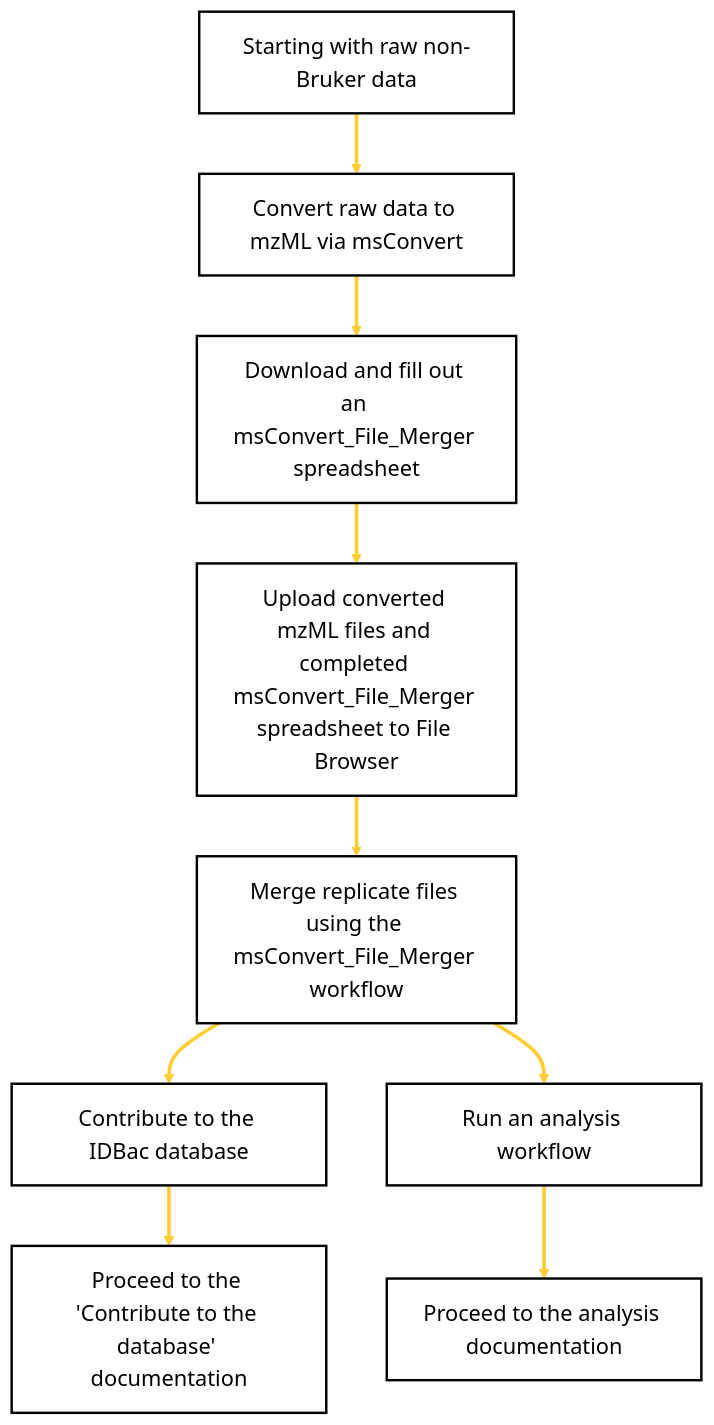
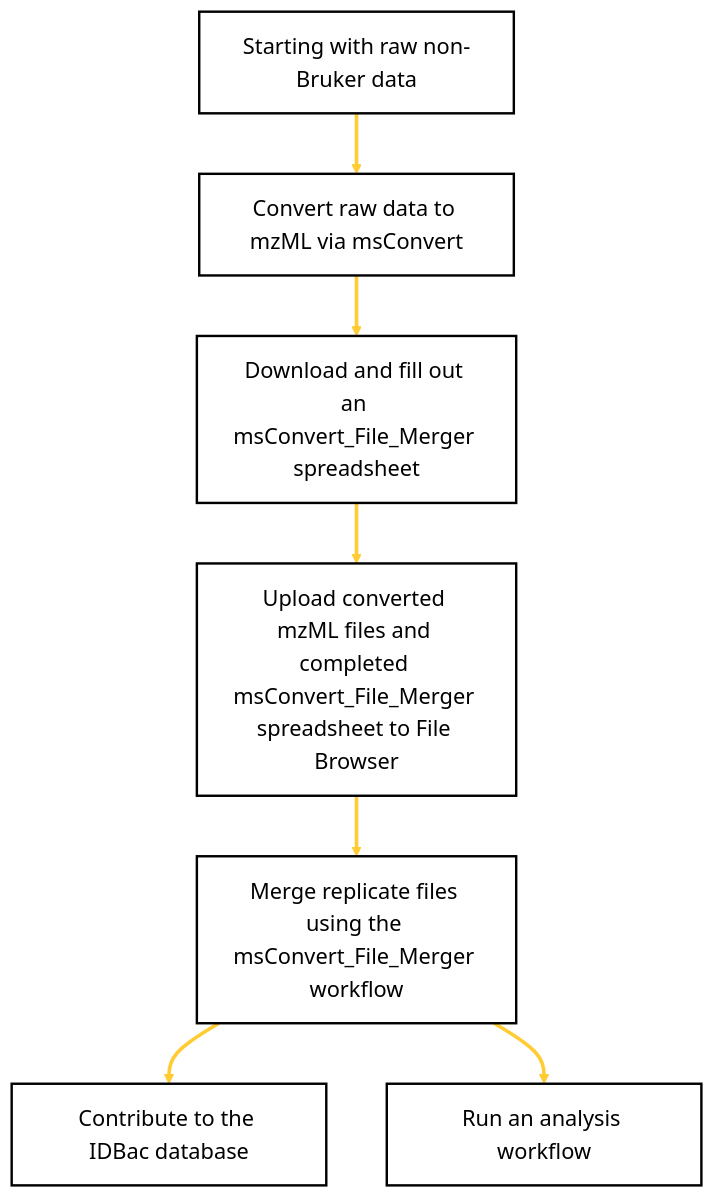
Before and after one commit to Wang-Bioinformatics-Lab/GNPS2_Documentation: the diagram in docs/idbacnewnonbruker.md, drawn with Mermaid (forest theme).

````diff
--- a/docs/idbacnewnonbruker.md
+++ b/docs/idbacnewnonbruker.md
@@ -11,43 +11,40 @@
 ```mermaid
 flowchart TD
     A[Starting with raw non-Bruker data] --> B[Convert raw data to mzML via msConvert]
     B --> C[Download and fill out an msConvert_File_Merger spreadsheet]
     C --> D[Upload converted mzML files and completed msConvert_File_Merger spreadsheet to File Browser]
     D --> E[Merge replicate files using the msConvert_File_Merger workflow]
     E --> F[Contribute to the IDBac database]
-    F --> G[Proceed to the 'Contribute to the database' documentation]
-    E --> H[Run an analysis workflow]
-    H --> I[Proceed to the analysis documentation]
+    E --> G[Run an analysis workflow]
+   
     
     click B href "https://proteowizard.sourceforge.io/"
     click C href "https://docs.google.com/spreadsheets/d/1o5K4SavD14K-LqhSeWkt4h20MTrAUpkXsaFRYqNdRvY/edit?gid=508446939#gid=508446939"
     click D href "https://gnps2.org/homepage"
     click E href "https://gnps2.org/workflowinput?workflowname=msConvert_File_Merger"
-    click G href "https://wang-bioinformatics-lab.github.io/GNPS2_Documentation/idbacdepositions/"
-    click I href "https://wang-bioinformatics-lab.github.io/GNPS2_Documentation/idbacsumbmitdata/"
+    click F href "https://wang-bioinformatics-lab.github.io/GNPS2_Documentation/idbacdepositions/"
+    click G href "https://wang-bioinformatics-lab.github.io/GNPS2_Documentation/idbacsumbmitdata/"
 
  %% Styling
     style A fill:#FFFFFF,stroke:#000000,stroke-width:2px,font-size:18px
     style B fill:#FFFFFF,stroke:#000000,stroke-width:2px,font-size:18px
     style C fill:#FFFFFF,stroke:#000000,stroke-width:2px,font-size:18px
     style D fill:#FFFFFF,stroke:#000000,stroke-width:2px,font-size:18px
     style E fill:#FFFFFF,stroke:#000000,stroke-width:2px,font-size:18px
     style F fill:#FFFFFF,stroke:#000000,stroke-width:2px,font-size:18px
     style G fill:#FFFFFF,stroke:#000000,stroke-width:2px,font-size:18px
-    style H fill:#FFFFFF,stroke:#000000,stroke-width:2px,font-size:18px
-    style I fill:#FFFFFF,stroke:#000000,stroke-width:2px,font-size:18px 
+    
 
 %% Link Styling
     linkStyle 0 stroke:#ffcc33,stroke-width:3px
     linkStyle 1 stroke:#ffcc33,stroke-width:3px
     linkStyle 2 stroke:#ffcc33,stroke-width:3px
     linkStyle 3 stroke:#ffcc33,stroke-width:3px
     linkStyle 4 stroke:#ffcc33,stroke-width:3px
     linkStyle 5 stroke:#ffcc33,stroke-width:3px
-    linkStyle 6 stroke:#ffcc33,stroke-width:3px
-    linkStyle 7 stroke:#ffcc33,stroke-width:3px
+
   
    
     
 
 ```
````
